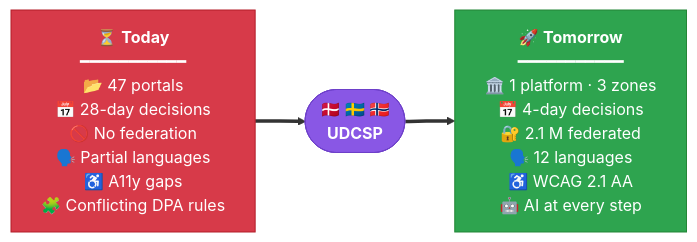
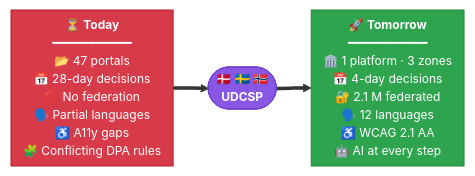
One commit to fredgis/UDCSP changed the first of 2 diagrams in README.md. Above: the diagram before and after it, drawn with Mermaid. The commit also changed other lines of this file, not shown here.

First line of the commit message:
Polish README: shrink mermaid diagrams + add full docs index

````diff
--- a/README.md
+++ b/README.md
@@ -43,12 +43,13 @@
 ```mermaid
+%%{ init: { 'flowchart': { 'nodeSpacing': 25, 'rankSpacing': 35, 'padding': 6 }, 'themeVariables': { 'fontSize': '12px' } } }%%
 graph LR
     Before["⏳ <b>Today</b><br/>━━━━━━━━━━━<br/>📂 47 portals<br/>📅 28-day decisions<br/>🚫 No federation<br/>🗣️ Partial languages<br/>♿ A11y gaps<br/>🧩 Conflicting DPA rules"]
     UDCSP(["🇩🇰 🇸🇪 🇳🇴<br/><b>UDCSP</b>"])
     After["🚀 <b>Tomorrow</b><br/>━━━━━━━━━━━<br/>🏛️ 1 platform · 3 zones<br/>📅 4-day decisions<br/>🔐 2.1 M federated<br/>🗣️ 12 languages<br/>♿ WCAG 2.1 AA<br/>🤖 AI at every step"]
 
     Before ==> UDCSP ==> After
 
     style Before fill:#d73a49,stroke:#b31d28,color:#fff
     style UDCSP fill:#8957e5,stroke:#6e40c9,color:#fff
     style After fill:#2ea44f,stroke:#238636,color:#fff
 ```
````
